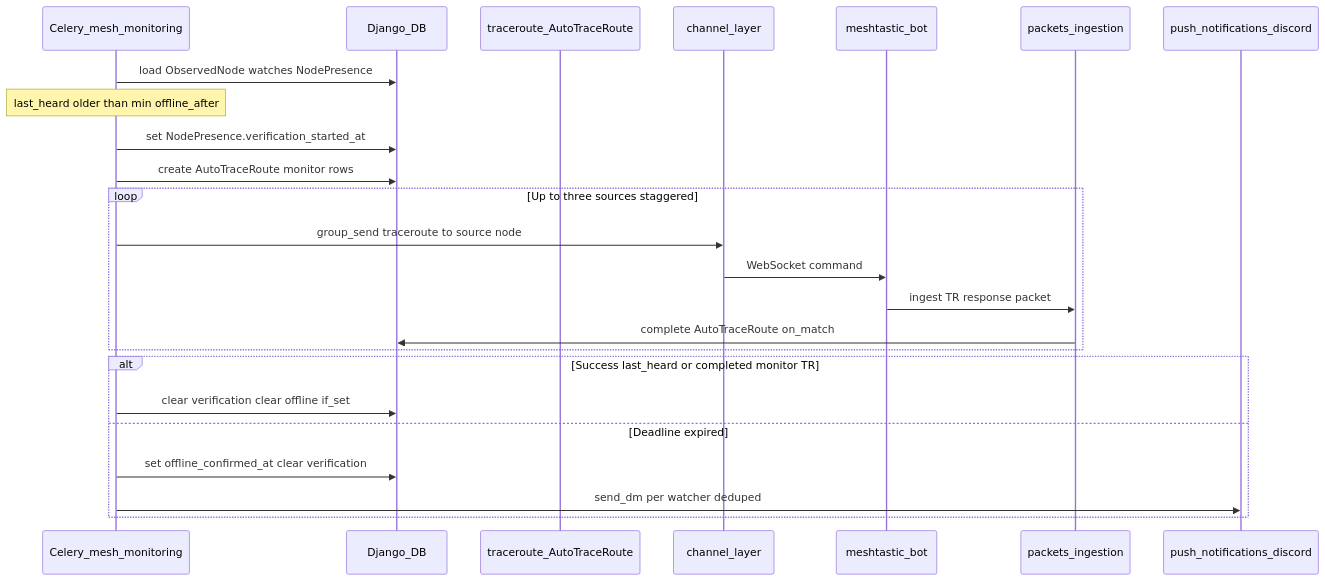
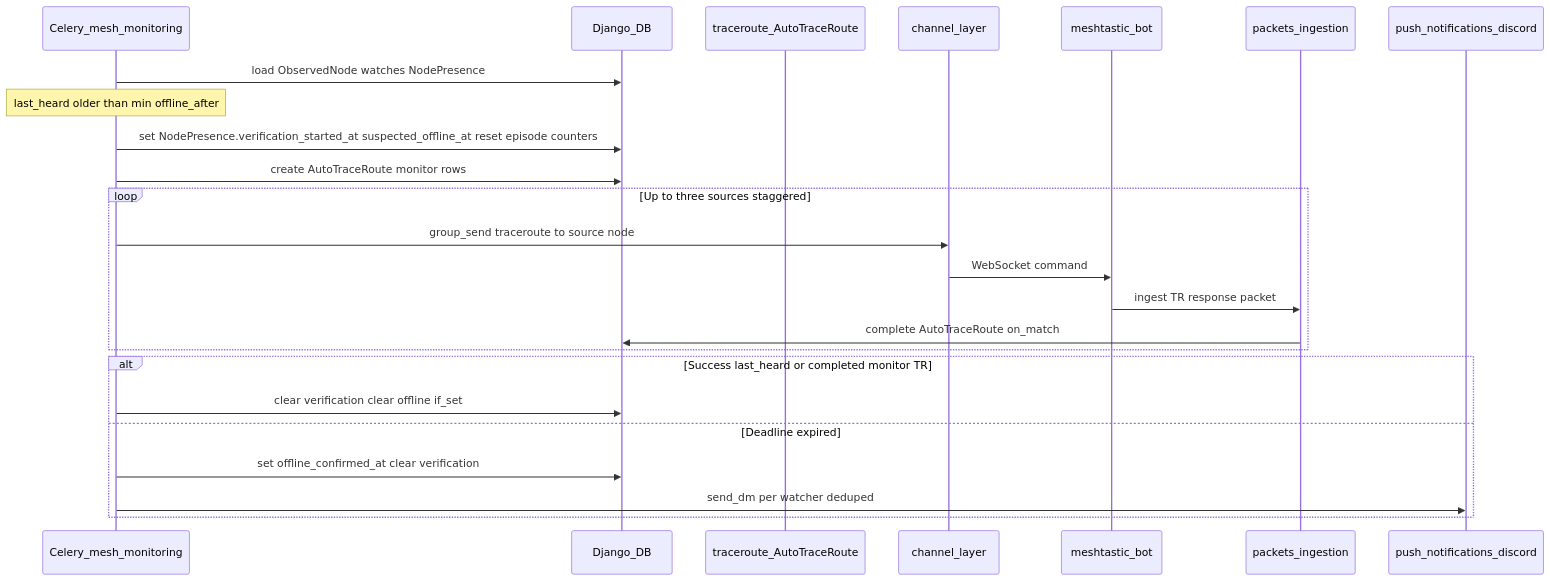
Before and after one commit to pskillen/meshflow-api: the first of 3 diagrams in docs/features/mesh-monitoring/flow.md, drawn with Mermaid. The commit also changed other lines of this file and 8 other files, not shown here.

First line of the commit message:
feat(mesh_monitoring): NodePresence observability for verification episodes

````diff
--- a/docs/features/mesh-monitoring/flow.md
+++ b/docs/features/mesh-monitoring/flow.md
@@ -23,27 +23,27 @@
 ```mermaid
 sequenceDiagram
   participant Celery as Celery_mesh_monitoring
   participant DB as Django_DB
   participant TR as traceroute_AutoTraceRoute
   participant Chan as channel_layer
   participant Bot as meshtastic_bot
   participant Pkt as packets_ingestion
   participant Disc as push_notifications_discord
 
   Celery->>DB: load ObservedNode watches NodePresence
   Note over Celery: last_heard older than min offline_after
-  Celery->>DB: set NodePresence.verification_started_at
+  Celery->>DB: set NodePresence.verification_started_at suspected_offline_at reset episode counters
   Celery->>DB: create AutoTraceRoute monitor rows
   loop Up to three sources staggered
     Celery->>Chan: group_send traceroute to source node
     Chan->>Bot: WebSocket command
     Bot->>Pkt: ingest TR response packet
     Pkt->>DB: complete AutoTraceRoute on_match
   end
   alt Success last_heard or completed monitor TR
     Celery->>DB: clear verification clear offline if_set
   else Deadline expired
     Celery->>DB: set offline_confirmed_at clear verification
     Celery->>Disc: send_dm per watcher deduped
   end
 ```
````
